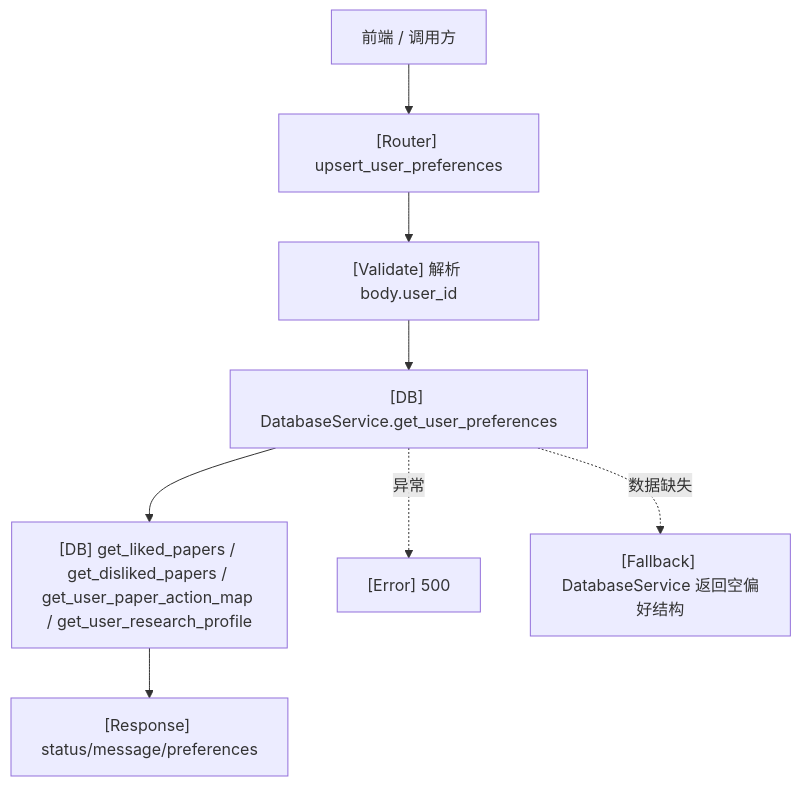
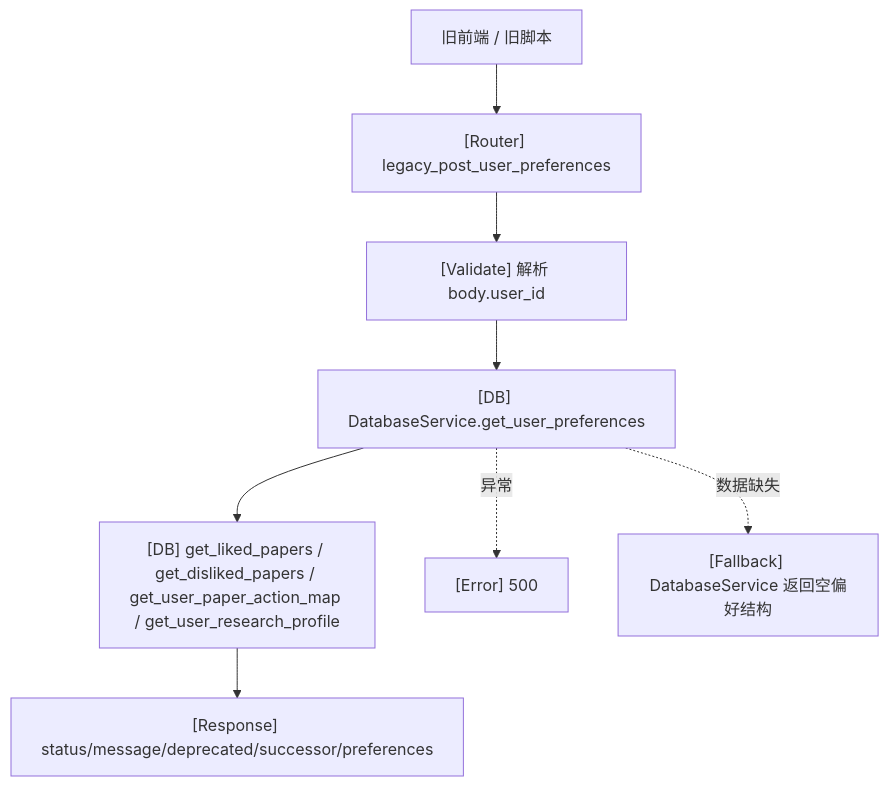
The second of 16 diagrams in docs/architecture/routers/user_router_flow.md (PolarisSun729/arxiv-research-agent), drawn with Mermaid before and after one commit. The commit also changed other lines of this file and 75 other files, not shown here.

````diff
--- a/docs/architecture/routers/user_router_flow.md
+++ b/docs/architecture/routers/user_router_flow.md
@@ -119,10 +123,10 @@
 ```mermaid
 flowchart TD
-    A["前端 / 调用方"] --> B["[Router] upsert_user_preferences"]
+    A["旧前端 / 旧脚本"] --> B["[Router] legacy_post_user_preferences"]
     B --> C["[Validate] 解析 body.user_id"]
     C --> D["[DB] DatabaseService.get_user_preferences"]
     D --> E["[DB] get_liked_papers / get_disliked_papers / get_user_paper_action_map / get_user_research_profile"]
-    E --> F["[Response] status/message/preferences"]
+    E --> F["[Response] status/message/deprecated/successor/preferences"]
     D -. 异常 .-> G["[Error] 500"]
     D -. 数据缺失 .-> H["[Fallback] DatabaseService 返回空偏好结构"]
 ```
````
